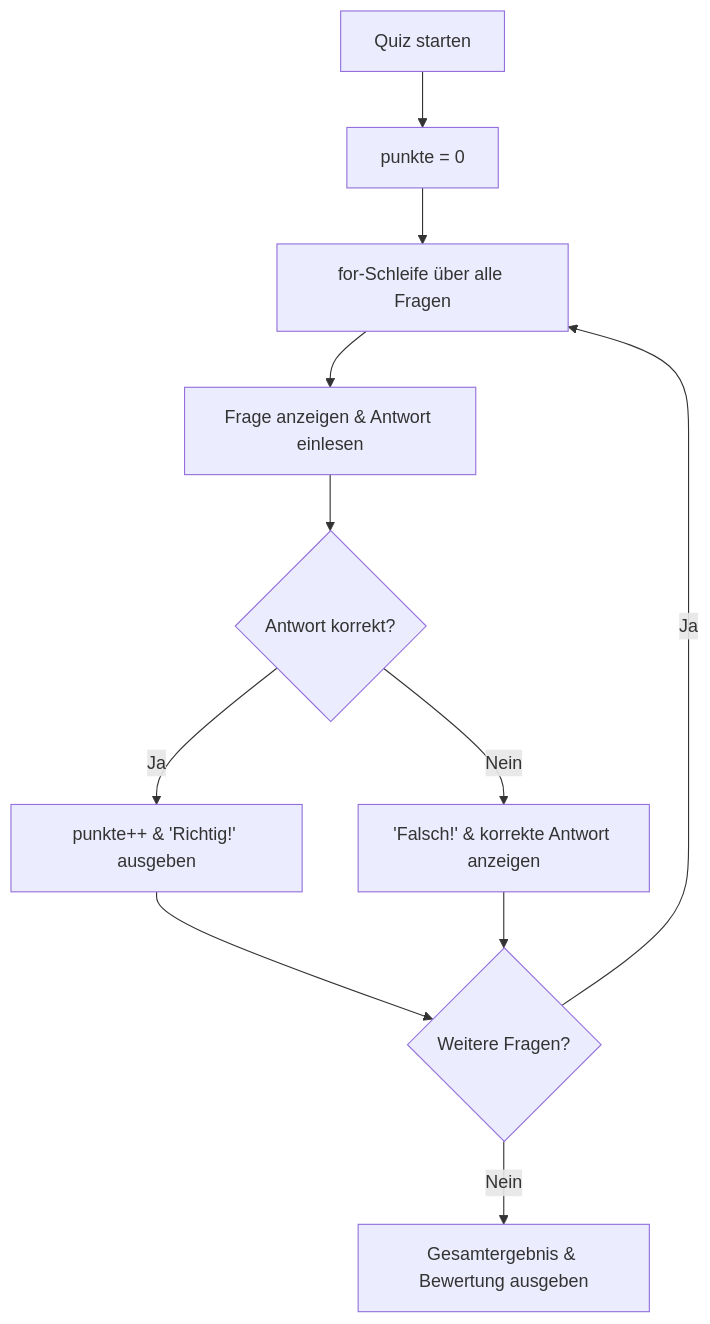
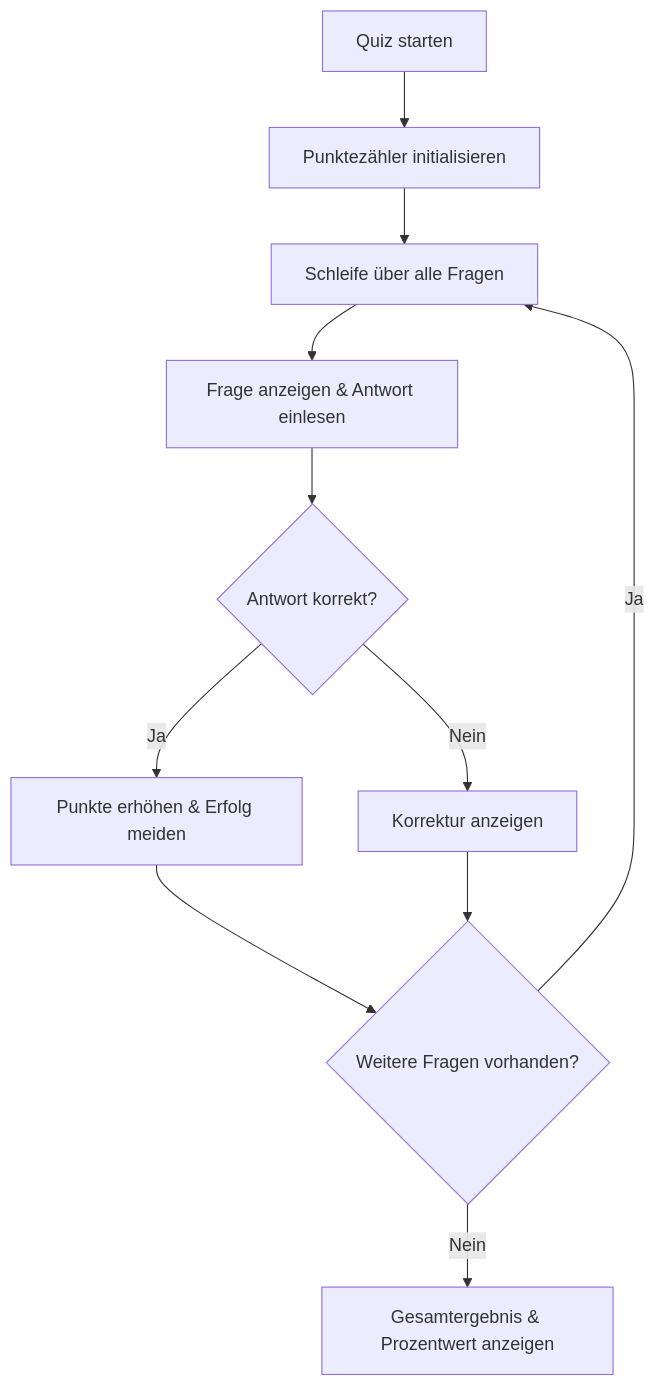
The third of 4 diagrams in rust-projekte/src/kotlin-phase1.md (thorstenkloehn/Anfaenger), drawn with Mermaid before and after one commit. The commit also changed other lines of this file, not shown here.

````diff
--- a/rust-projekte/src/kotlin-phase1.md
+++ b/rust-projekte/src/kotlin-phase1.md
@@ -158,13 +107,13 @@
 ```mermaid
 graph TD
-    A[Quiz starten] --> B[punkte = 0]
-    B --> C[for-Schleife über alle Fragen]
+    A[Quiz starten] --> B[Punktezähler initialisieren]
+    B --> C[Schleife über alle Fragen]
     C --> D[Frage anzeigen & Antwort einlesen]
     D --> E{Antwort korrekt?}
-    E -- Ja --> F[punkte++ & 'Richtig!' ausgeben]
-    E -- Nein --> G['Falsch!' & korrekte Antwort anzeigen]
-    F --> H{Weitere Fragen?}
+    E -- Ja --> F[Punkte erhöhen & Erfolg meiden]
+    E -- Nein --> G[Korrektur anzeigen]
+    F --> H{Weitere Fragen vorhanden?}
     G --> H
     H -- Ja --> C
-    H -- Nein --> I[Gesamtergebnis & Bewertung ausgeben]
+    H -- Nein --> I[Gesamtergebnis & Prozentwert anzeigen]
 ```
````
